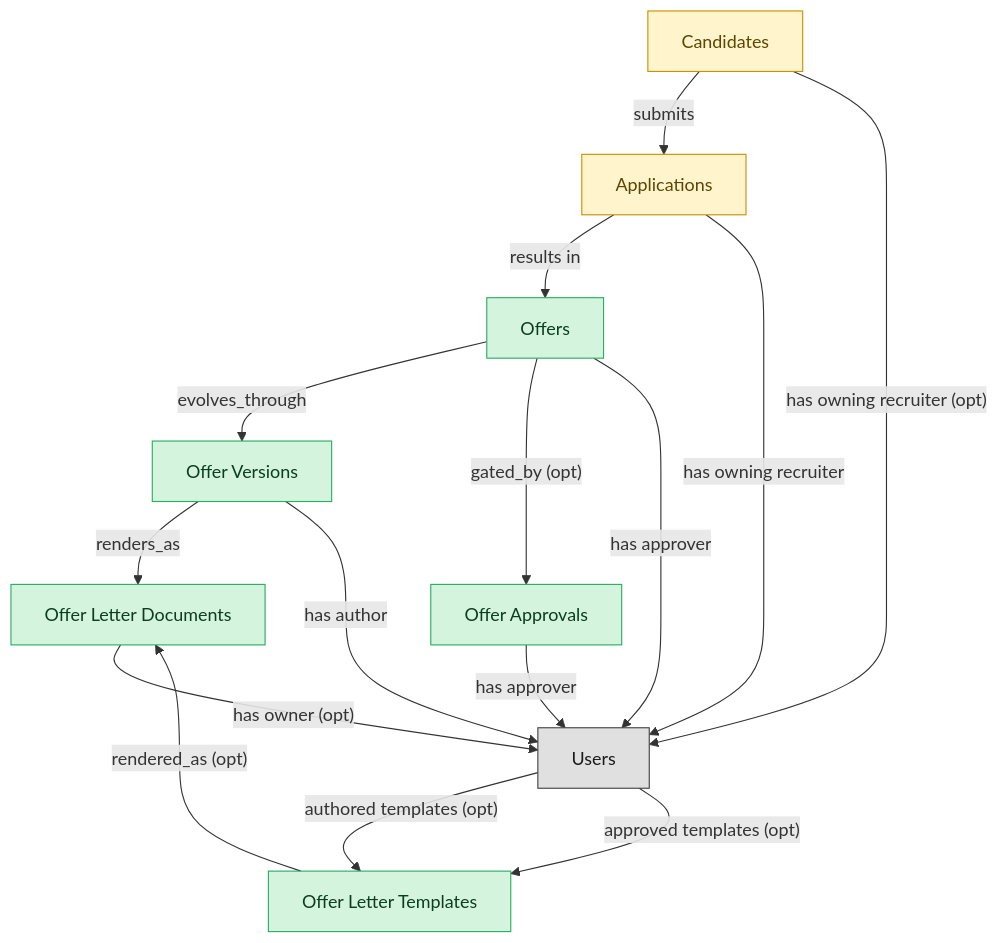
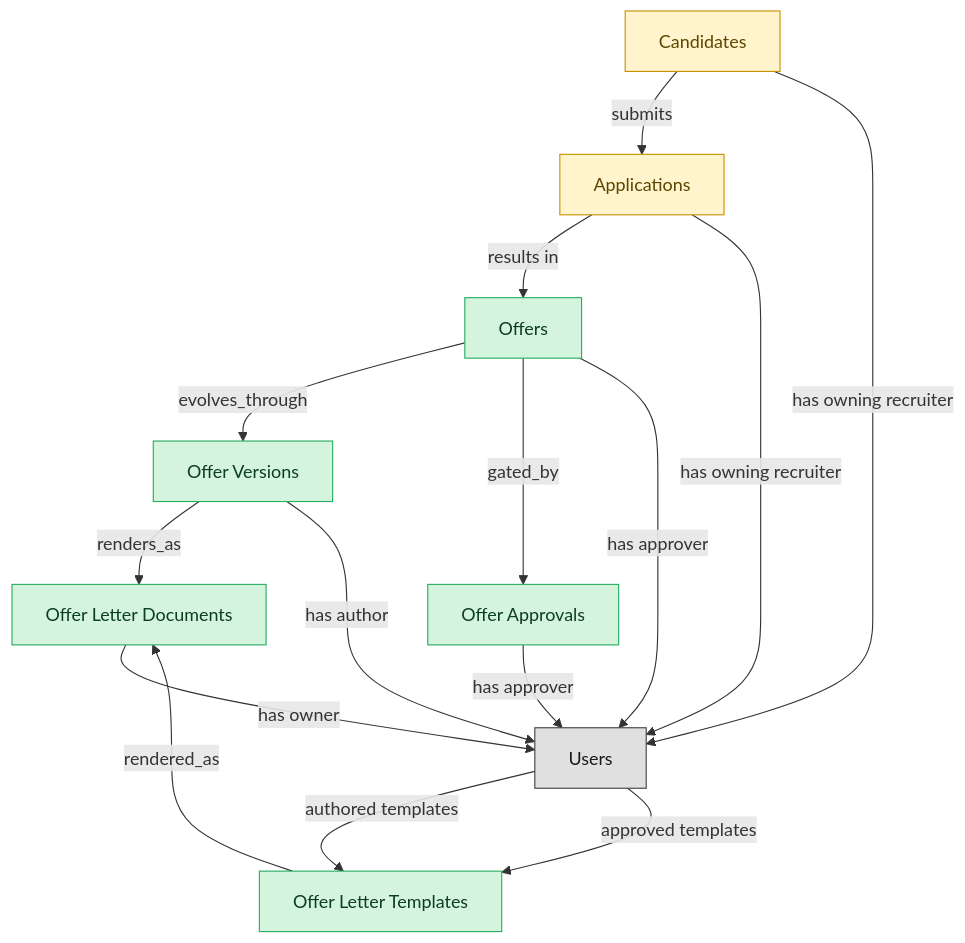
The diagram in catalog/blueprints/ats-offers-semantic-blueprint.md (IntranetFactory/domain-map), drawn with Mermaid before and after one commit. The commit also changed other lines of this file and 18 other files, not shown here.

````diff
--- a/catalog/blueprints/ats-offers-semantic-blueprint.md
+++ b/catalog/blueprints/ats-offers-semantic-blueprint.md
@@ -36,36 +36,36 @@
 ```mermaid
 flowchart TD
   classDef master fill:#d4f4dd,stroke:#27ae60,color:#0b3d20;
   classDef embedded_master fill:#fff4cc,stroke:#c79100,color:#5b4500;
   classDef platform_builtin fill:#e0e0e0,stroke:#424242,color:#1a1a1a;
   job_offers["Offers"]
   candidates["Candidates"]
   job_applications["Applications"]
   offer_versions["Offer Versions"]
   offer_approvals["Offer Approvals"]
   offer_letter_documents["Offer Letter Documents"]
   offer_letter_templates["Offer Letter Templates"]
   users["Users"]
   job_offers -->|"evolves_through"| offer_versions
-  job_offers -->|"gated_by (opt)"| offer_approvals
+  job_offers -->|"gated_by"| offer_approvals
   offer_versions -->|"renders_as"| offer_letter_documents
-  offer_letter_templates -->|"rendered_as (opt)"| offer_letter_documents
+  offer_letter_templates -->|"rendered_as"| offer_letter_documents
   candidates -->|"submits"| job_applications
   job_applications -->|"results in"| job_offers
-  candidates -->|"has owning recruiter (opt)"| users
-  users -->|"authored templates (opt)"| offer_letter_templates
-  users -->|"approved templates (opt)"| offer_letter_templates
+  candidates -->|"has owning recruiter"| users
+  users -->|"authored templates"| offer_letter_templates
+  users -->|"approved templates"| offer_letter_templates
   offer_versions -->|"has author"| users
   offer_approvals -->|"has approver"| users
-  offer_letter_documents -->|"has owner (opt)"| users
+  offer_letter_documents -->|"has owner"| users
   job_applications -->|"has owning recruiter"| users
   job_offers -->|"has approver"| users
   class job_offers master;
   class candidates embedded_master;
   class job_applications embedded_master;
   class offer_versions master;
   class offer_approvals master;
   class offer_letter_documents master;
   class offer_letter_templates master;
   class users platform_builtin;
 ```
````
